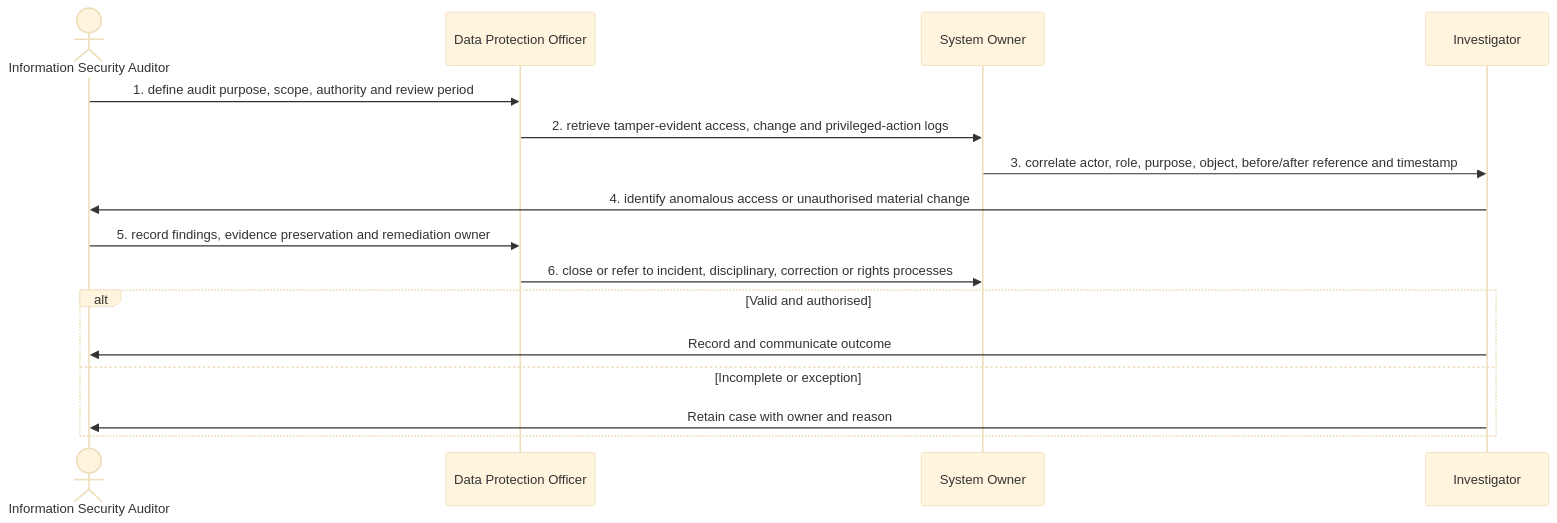
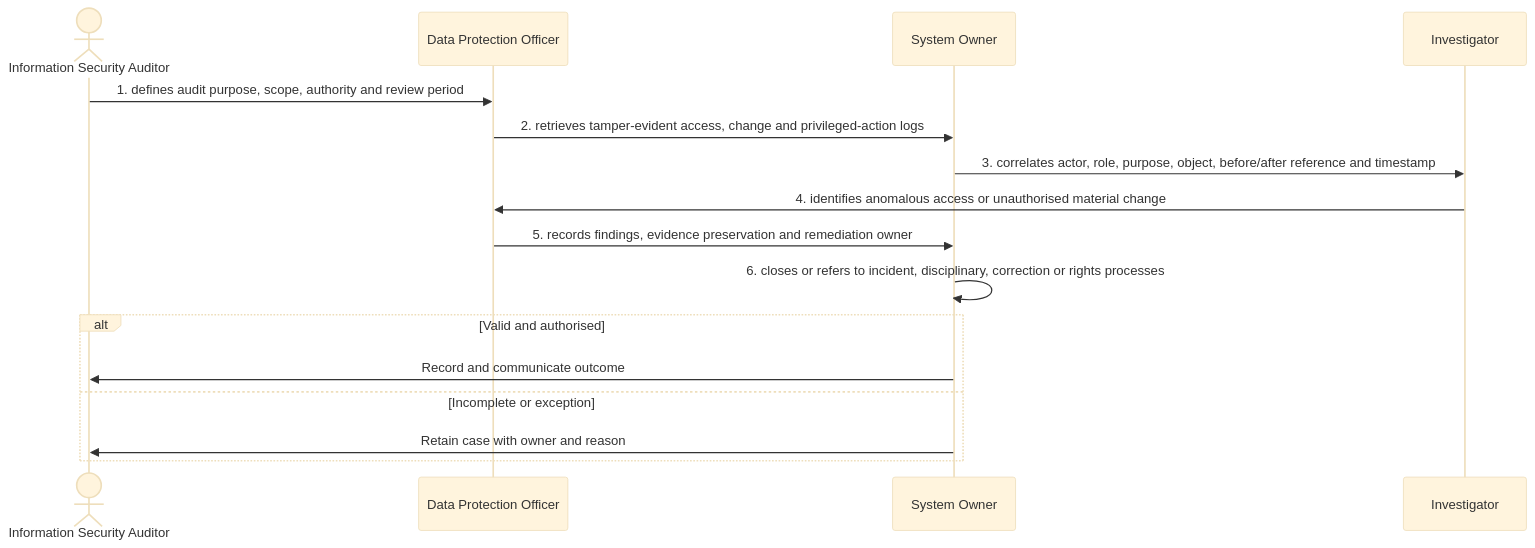
One commit to RevelationCore/Revelation-SRS changed the diagram in docs/business-processes/08-record-governance-and-lifecycle/bp-08-006-audit-access-and-material-record-changes.md. Above: the diagram before and after it, drawn with Mermaid (base theme). The commit also changed other lines of this file and 96 other files, not shown here.

````diff
--- a/docs/business-processes/08-record-governance-and-lifecycle/bp-08-006-audit-access-and-material-record-changes.md
+++ b/docs/business-processes/08-record-governance-and-lifecycle/bp-08-006-audit-access-and-material-record-changes.md
@@ -158,18 +158,18 @@
 ```mermaid
 sequenceDiagram
     actor A1 as Information Security Auditor
     participant A2 as Data Protection Officer
     participant A3 as System Owner
     participant A4 as Investigator
-    A1->>A2: 1. define audit purpose, scope, authority and review period
-    A2->>A3: 2. retrieve tamper-evident access, change and privileged-action logs
-    A3->>A4: 3. correlate actor, role, purpose, object, before/after reference and timestamp
-    A4->>A1: 4. identify anomalous access or unauthorised material change
-    A1->>A2: 5. record findings, evidence preservation and remediation owner
-    A2->>A3: 6. close or refer to incident, disciplinary, correction or rights processes
+    A1->>A2: 1. defines audit purpose, scope, authority and review period
+    A2->>A3: 2. retrieves tamper-evident access, change and privileged-action logs
+    A3->>A4: 3. correlates actor, role, purpose, object, before/after reference and timestamp
+    A4->>A2: 4. identifies anomalous access or unauthorised material change
+    A2->>A3: 5. records findings, evidence preservation and remediation owner
+    A3->>A3: 6. closes or refers to incident, disciplinary, correction or rights processes
     alt Valid and authorised
-        A4->>A1: Record and communicate outcome
+        A3->>A1: Record and communicate outcome
     else Incomplete or exception
-        A4->>A1: Retain case with owner and reason
+        A3->>A1: Retain case with owner and reason
     end
 ```
````
